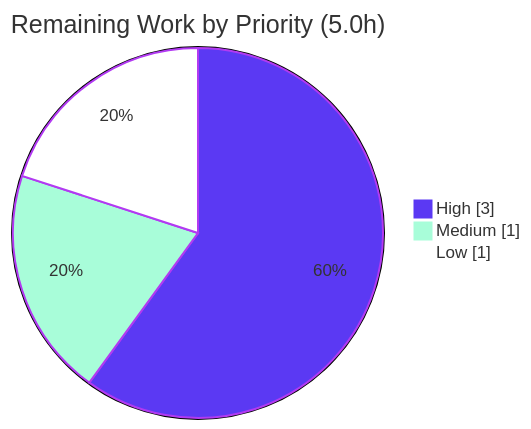
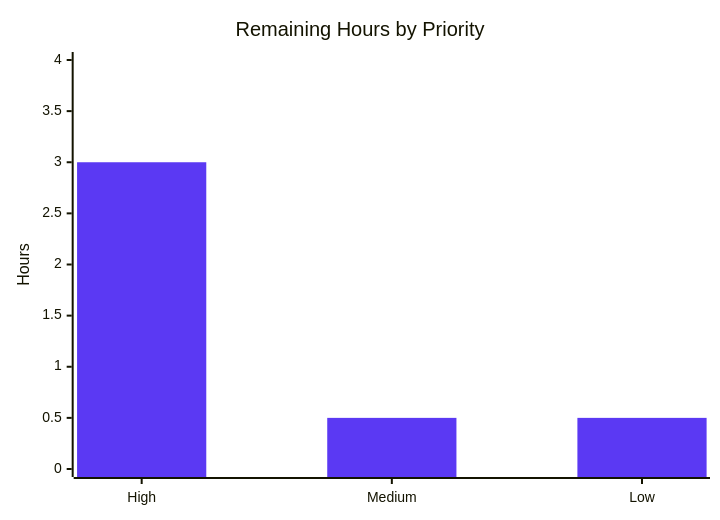
One commit to alex-blitzy-test/hot-stuff changed the third of 3 diagrams in blitzy/documentation/Project Guide.md. Above: the diagram before and after it, drawn with Mermaid. The commit also changed other lines of this file, not shown here.

Commit message:
Adding Blitzy Project Guide: Project Status and Human Tasks Remaining

````diff
--- a/blitzy/documentation/Project Guide.md
+++ b/blitzy/documentation/Project Guide.md
@@ -206,8 +219,8 @@
 ```mermaid
-%%{init: {'theme':'base', 'themeVariables': {'pie1':'#5B39F3','pie2':'#A8FDD9','pie3':'#FFFFFF','pieStrokeColor':'#B23AF2','pieStrokeWidth':'2px','pieOpacity':'1'}}}%%
-pie showData
-    title Remaining Work by Priority (5.0h)
-    "High" : 3
-    "Medium" : 1
-    "Low" : 1
+%%{init: {'theme':'base', 'themeVariables': {'xyChart': {'plotColorPalette':'#5B39F3'}}}}%%
+xychart-beta
+    title "Remaining Hours by Priority"
+    x-axis ["High", "Medium", "Low"]
+    y-axis "Hours" 0 --> 4
+    bar [3, 0.5, 0.5]
 ```
````
